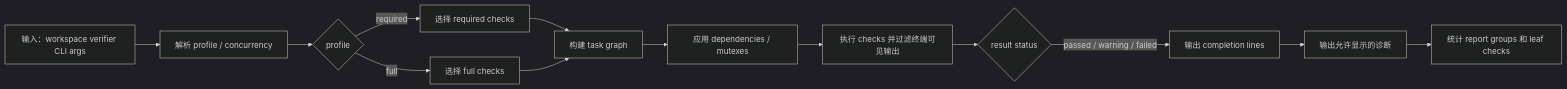
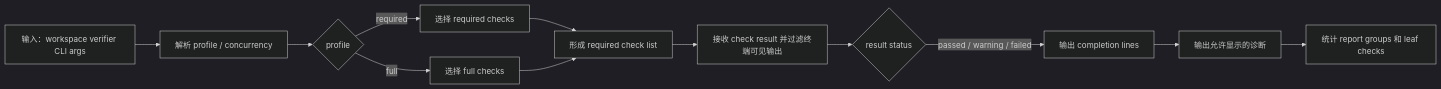
One commit to zxyycom/docnav changed the fourth of 8 diagrams in docs/testing/cases.md. Above: the diagram before and after it, drawn with Mermaid (dark theme). The commit also changed other lines of this file and 14 other files, not shown here.

````diff
--- a/docs/testing/cases.md
+++ b/docs/testing/cases.md
@@ -849,15 +841,14 @@
 ```mermaid
 flowchart LR
   A["输入：workspace verifier CLI args"] --> B["解析 profile / concurrency"]
   B --> C{"profile"}
   C -->|"required"| D["选择 required checks"]
   C -->|"full"| E["选择 full checks"]
-  D --> F["构建 task graph"]
+  D --> F["形成 required check list"]
   E --> F
-  F --> G["应用 dependencies / mutexes"]
-  G --> H["执行 checks 并过滤终端可见输出"]
+  F --> H["接收 check result 并过滤终端可见输出"]
   H --> I{"result status"}
   I -->|"passed / warning / failed"| J["输出 completion lines"]
   J --> K["输出允许显示的诊断"]
   K --> L["统计 report groups 和 leaf checks"]
 ```
````
